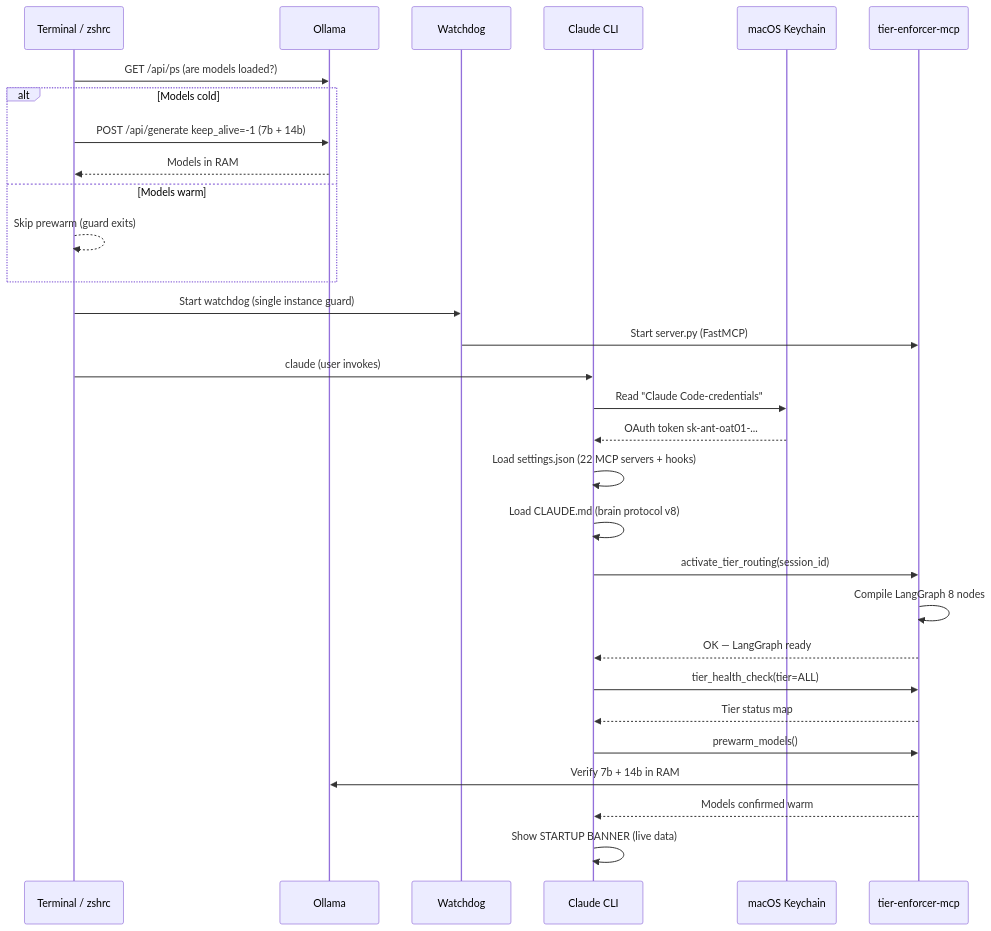
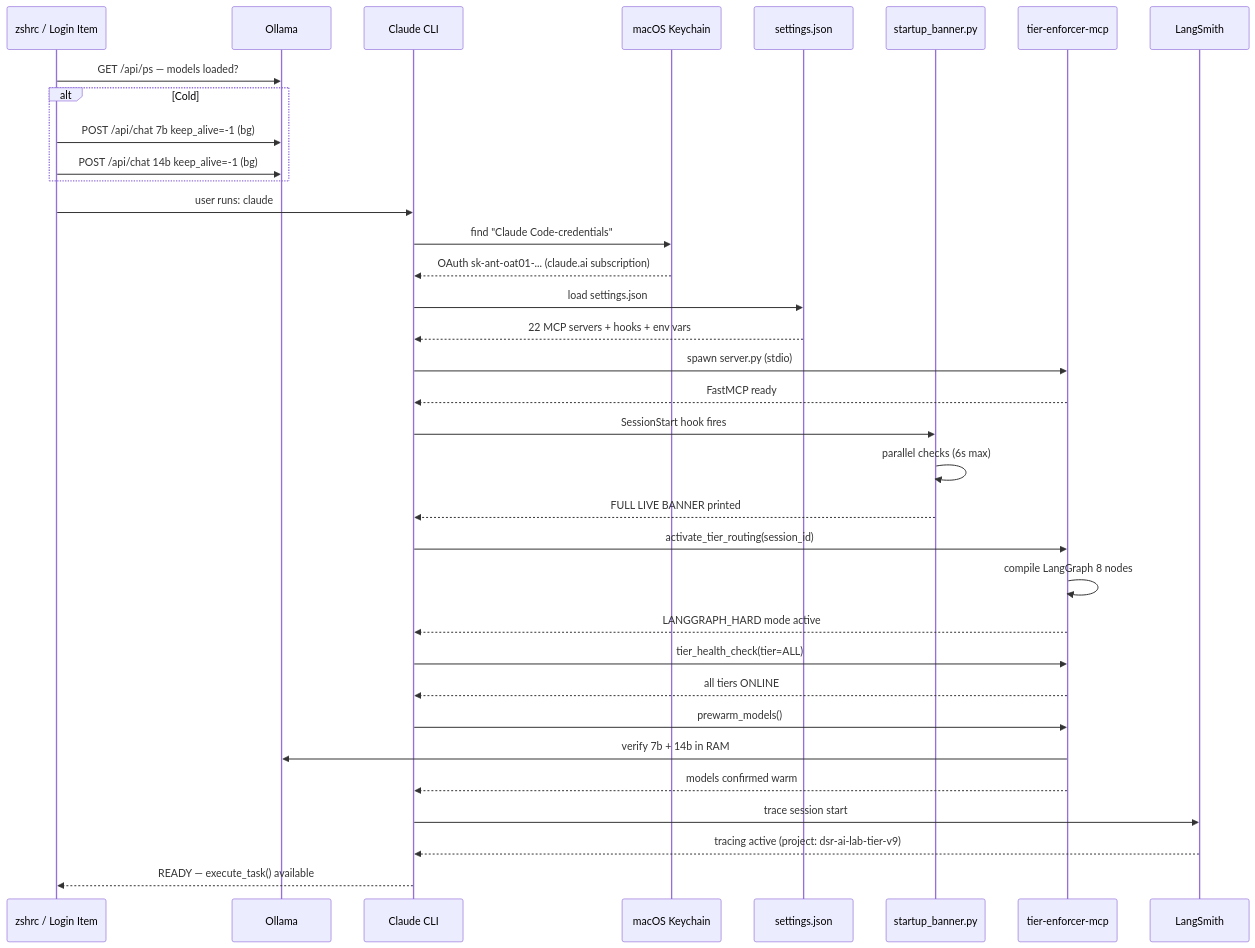
Before and after one commit to dineshsrivastava07-cell/Claude-Tier-MacMini: the seventh of 8 diagrams in ARCHITECTURE.md, drawn with Mermaid. The commit also changed other lines of this file and 7 other files, not shown here.

First line of the commit message:
feat(v9.1): live startup banner, HF whoami-v2 fix, full component health checks

````diff
--- a/ARCHITECTURE.md
+++ b/ARCHITECTURE.md
@@ -182,39 +244,48 @@
 ```mermaid
 sequenceDiagram
-    participant T as Terminal / zshrc
-    participant O as Ollama
-    participant W as Watchdog
+    participant Z as zshrc / Login Item
+    participant OL as Ollama
     participant C as Claude CLI
     participant K as macOS Keychain
+    participant S as settings.json
+    participant BP as startup_banner.py
     participant MCP as tier-enforcer-mcp
+    participant LS as LangSmith
 
-    T->>O: GET /api/ps (are models loaded?)
-    alt Models cold
-        T->>O: POST /api/generate keep_alive=-1 (7b + 14b)
-        O-->>T: Models in RAM
-    else Models warm
-        T-->>T: Skip prewarm (guard exits)
+    Z->>OL: GET /api/ps — models loaded?
+    alt Cold
+        Z->>OL: POST /api/chat 7b keep_alive=-1 (bg)
+        Z->>OL: POST /api/chat 14b keep_alive=-1 (bg)
     end
 
-    T->>W: Start watchdog (single instance guard)
-    W->>MCP: Start server.py (FastMCP)
+    Z->>C: user runs: claude
 
-    T->>C: claude (user invokes)
-    C->>K: Read "Claude Code-credentials"
-    K-->>C: OAuth token sk-ant-oat01-...
-    C->>C: Load settings.json (22 MCP servers + hooks)
-    C->>C: Load CLAUDE.md (brain protocol v8)
+    C->>K: find "Claude Code-credentials"
+    K-->>C: OAuth sk-ant-oat01-... (claude.ai subscription)
+
+    C->>S: load settings.json
+    S-->>C: 22 MCP servers + hooks + env vars
+
+    C->>MCP: spawn server.py (stdio)
+    MCP-->>C: FastMCP ready
+
+    C->>BP: SessionStart hook fires
+    BP->>BP: parallel checks (6s max)
+    BP-->>C: FULL LIVE BANNER printed
 
     C->>MCP: activate_tier_routing(session_id)
-    MCP->>MCP: Compile LangGraph 8 nodes
-    MCP-->>C: OK — LangGraph ready
+    MCP->>MCP: compile LangGraph 8 nodes
+    MCP-->>C: LANGGRAPH_HARD mode active
 
     C->>MCP: tier_health_check(tier=ALL)
-    MCP-->>C: Tier status map
+    MCP-->>C: all tiers ONLINE
 
     C->>MCP: prewarm_models()
-    MCP->>O: Verify 7b + 14b in RAM
-    MCP-->>C: Models confirmed warm
+    MCP->>OL: verify 7b + 14b in RAM
+    MCP-->>C: models confirmed warm
 
-    C->>C: Show STARTUP BANNER (live data)
+    C->>LS: trace session start
+    LS-->>C: tracing active (project: dsr-ai-lab-tier-v9)
+
+    C-->>Z: READY — execute_task() available
 ```
````
